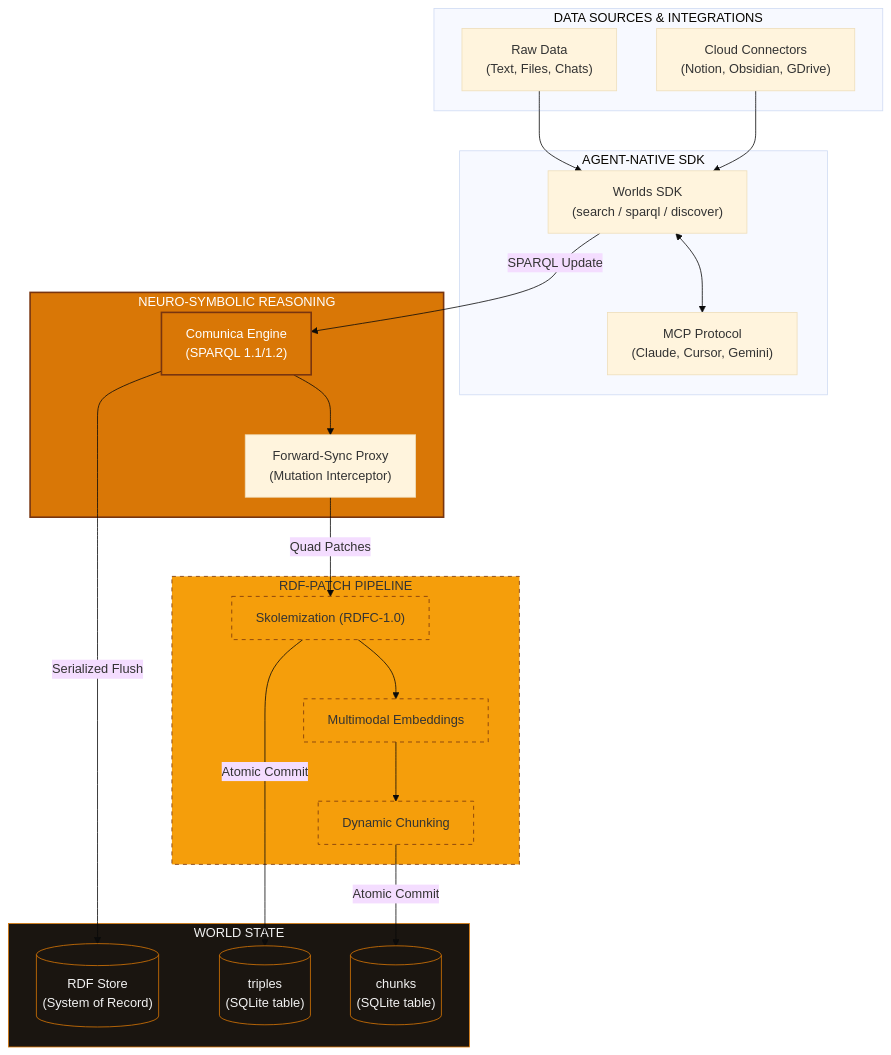
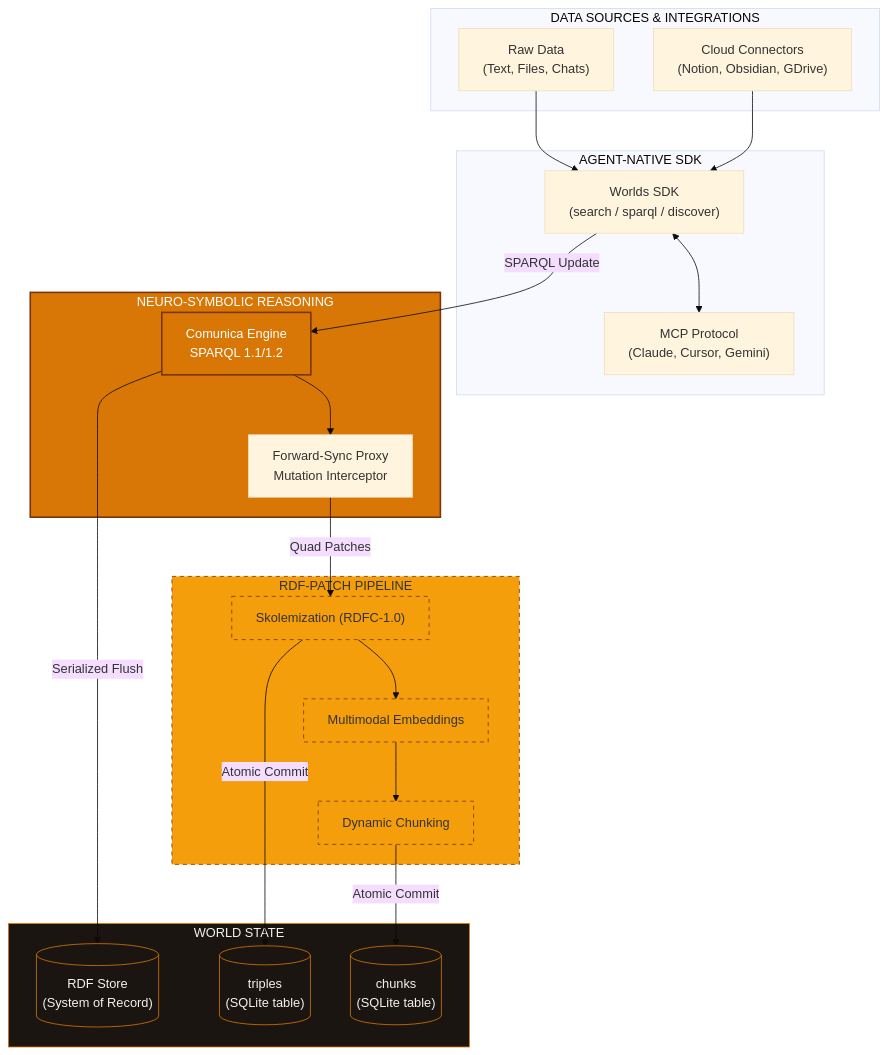
One commit to wazootech/worlds changed the second of 4 diagrams in packages/docs/overview/architecture.mdx. Above: the diagram before and after it, drawn with Mermaid (base theme). The commit also changed other lines of this file and 2 other files, not shown here.

````diff
--- a/packages/docs/overview/architecture.mdx
+++ b/packages/docs/overview/architecture.mdx
@@ -76,56 +76,56 @@
 ```mermaid
 flowchart TD
     %% Global Styling
     classDef engine fill:#D97706,stroke:#78350F,stroke-width:2px,color:#fff;
     classDef persistence fill:#1a1510,stroke:#D97706,stroke-width:1px,color:#f2f2f2;
     classDef process fill:#F59E0B,stroke:#78350F,stroke-dasharray: 5 5,color:#333;
 
     subgraph Sources ["DATA SOURCES & INTEGRATIONS"]
         RAW["Raw Data<br/>(Text, Files, Chats)"]
         CLOUD["Cloud Connectors<br/>(Notion, Obsidian, GDrive)"]
     end
 
     subgraph Ingestion ["AGENT-NATIVE SDK"]
         SDK["Worlds SDK<br/>(search / sparql / discover)"]
         MCP["MCP Protocol<br/>(Claude, Cursor, Gemini)"]
     end
 
     subgraph Core ["NEURO-SYMBOLIC REASONING"]
-        SPARQL["Comunica Engine<br/>(SPARQL 1.1/1.2)"]
-        PROXY["Forward-Sync Proxy<br/>(Mutation Interceptor)"]
+        SPARQL["Comunica Engine<br/>SPARQL 1.1/1.2"]
+        PROXY["Forward-Sync Proxy<br/>Mutation Interceptor"]
     end
 
     subgraph Pipeline ["RDF-PATCH PIPELINE"]
         SKOLEM["Skolemization (RDFC-1.0)"]
         EMBED["Multimodal Embeddings"]
         CHUNK["Dynamic Chunking"]
     end
 
     subgraph State ["WORLD STATE"]
         BLOBS[("RDF Store<br/>(System of Record)")]
         TRIPLES[("triples<br/>(SQLite table)")]
         CHUNKS[("chunks<br/>(SQLite table)")]
     end
 
     %% Data Flow
     RAW --> SDK
     CLOUD --> SDK
     SDK <--> MCP
 
     SDK -->|SPARQL Update| SPARQL
     SPARQL --> PROXY
 
     PROXY -->|Quad Patches| SKOLEM
     SKOLEM --> EMBED
     EMBED --> CHUNK
 
     SKOLEM -->|Atomic Commit| TRIPLES
     CHUNK -->|Atomic Commit| CHUNKS
 
     SPARQL -->|Serialized Flush| BLOBS
 
     %% Assignments
     class Core,SPARQL,N3 engine;
     class State,BLOBS,TRIPLES,CHUNKS persistence;
     class Pipeline,SKOLEM,EMBED,CHUNK process;
 ```
````
